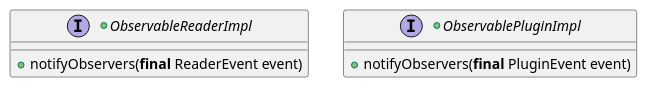
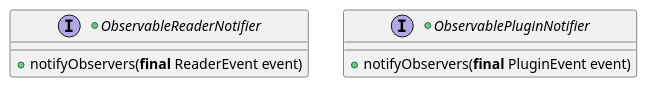
One commit to calypsonet/keyple changed the third of 22 diagrams in src/KeypleCoreApi/PluginApi/puml/KeypleCore-PluginApi-ClassDiag-SE_Proxy-ClassElements.iuml. Above: the diagram before and after it, drawn with PlantUML. The commit also changed 12 other files, not shown here.

```diff
--- a/src/KeypleCoreApi/PluginApi/puml/KeypleCore-PluginApi-ClassDiag-SE_Proxy-ClassElements.iuml
+++ b/src/KeypleCoreApi/PluginApi/puml/KeypleCore-PluginApi-ClassDiag-SE_Proxy-ClassElements.iuml
@@ -34,9 +34,9 @@
-@startuml(id=PLUGIN_OBSERVABLE_IMPL)
-+interface ObservableReaderImpl {
+@startuml(id=PLUGIN_OBSERVABLE_NOTIFIER)
++interface ObservableReaderNotifier {
   +notifyObservers(<b>final</b> ReaderEvent event)
 }
 
-+interface ObservablePluginImpl {
++interface ObservablePluginNotifier {
   +notifyObservers(<b>final</b> PluginEvent event)
 }
 @enduml
```
